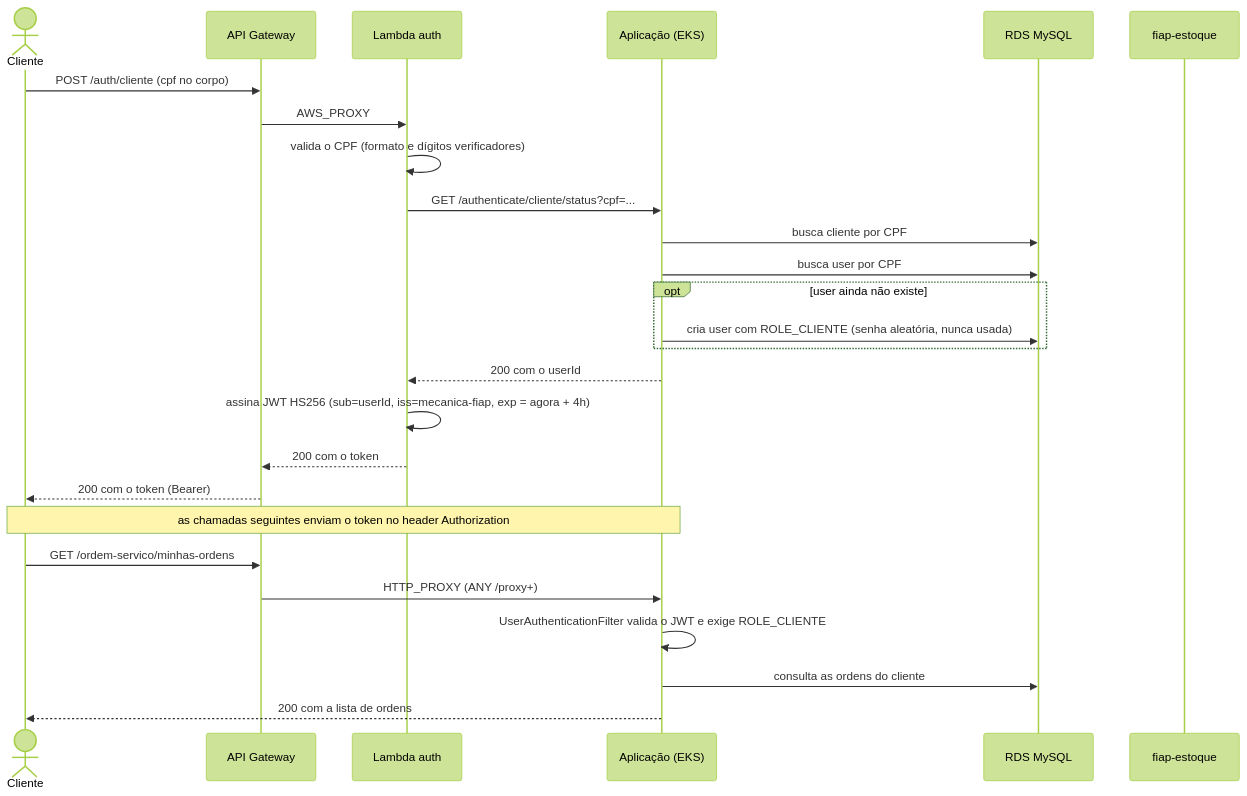
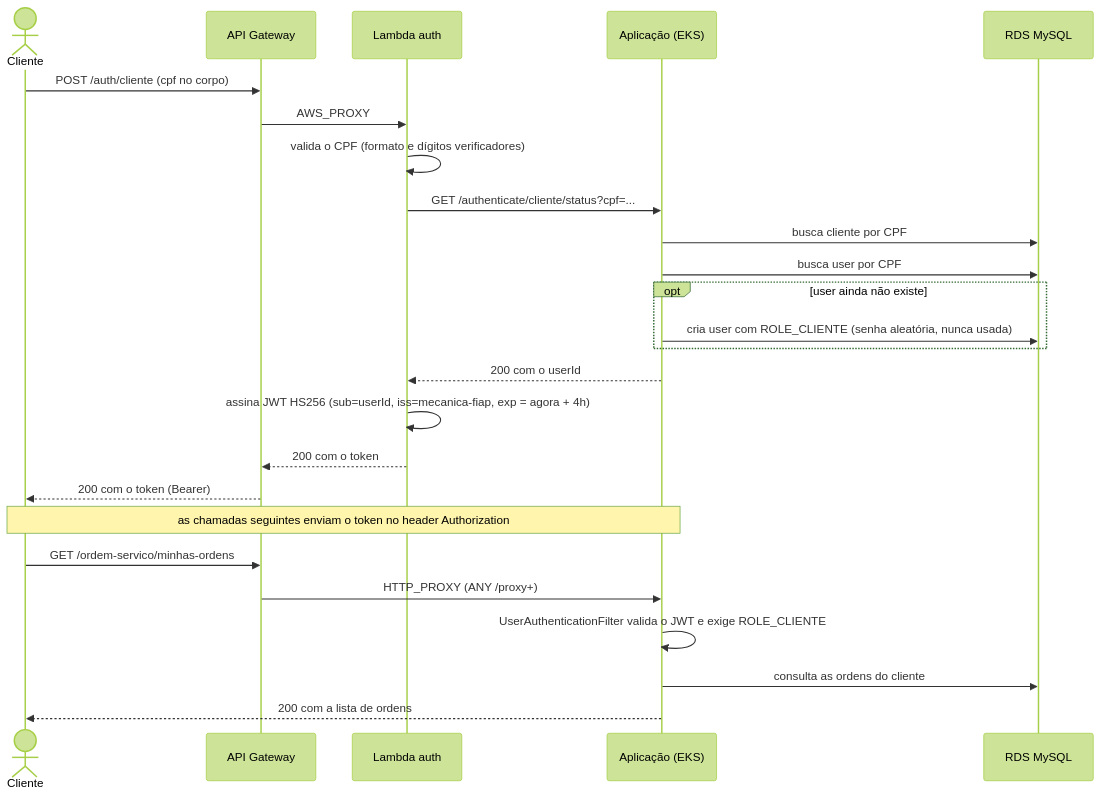
The second of 3 diagrams in docs/arquitetura.md (ArthurPeruzzo/fiap-mecanica), drawn with Mermaid (forest theme) before and after one commit. The commit also changed other lines of this file and 9 other files, not shown here.

````diff
--- a/docs/arquitetura.md
+++ b/docs/arquitetura.md
@@ -85,30 +114,29 @@
 ```mermaid
 sequenceDiagram
     actor C as Cliente
     participant GW as API Gateway
     participant L as Lambda auth
     participant APP as Aplicação (EKS)
     participant DB as RDS MySQL
-    participant EST as fiap-estoque
 
     C->>GW: POST /auth/cliente (cpf no corpo)
     GW->>L: AWS_PROXY
     L->>L: valida o CPF (formato e dígitos verificadores)
     L->>APP: GET /authenticate/cliente/status?cpf=...
     APP->>DB: busca cliente por CPF
     APP->>DB: busca user por CPF
     opt user ainda não existe
         APP->>DB: cria user com ROLE_CLIENTE (senha aleatória, nunca usada)
     end
     APP-->>L: 200 com o userId
     L->>L: assina JWT HS256 (sub=userId, iss=mecanica-fiap, exp = agora + 4h)
     L-->>GW: 200 com o token
     GW-->>C: 200 com o token (Bearer)
 
     Note over C,APP: as chamadas seguintes enviam o token no header Authorization
     C->>GW: GET /ordem-servico/minhas-ordens
     GW->>APP: HTTP_PROXY (ANY /proxy+)
     APP->>APP: UserAuthenticationFilter valida o JWT e exige ROLE_CLIENTE
     APP->>DB: consulta as ordens do cliente
     APP-->>C: 200 com a lista de ordens
 ```
````
